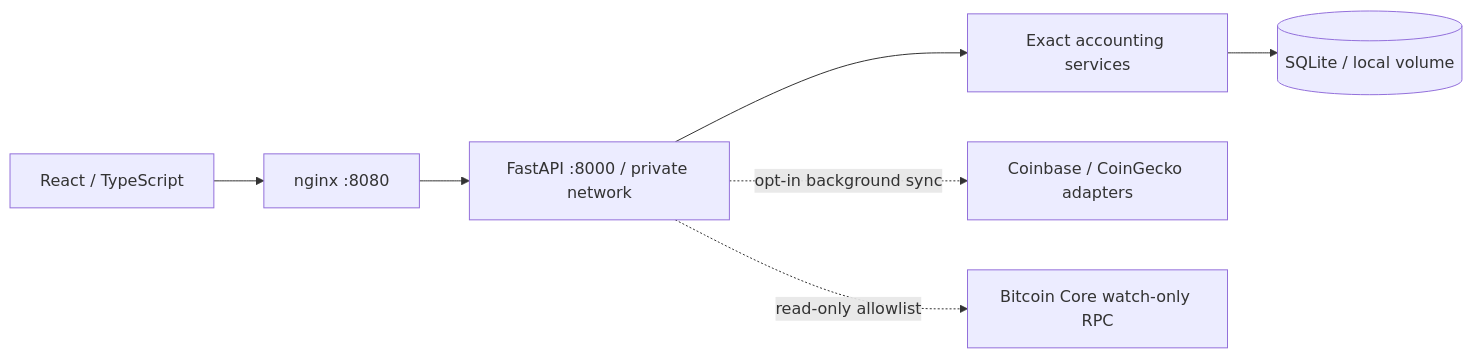
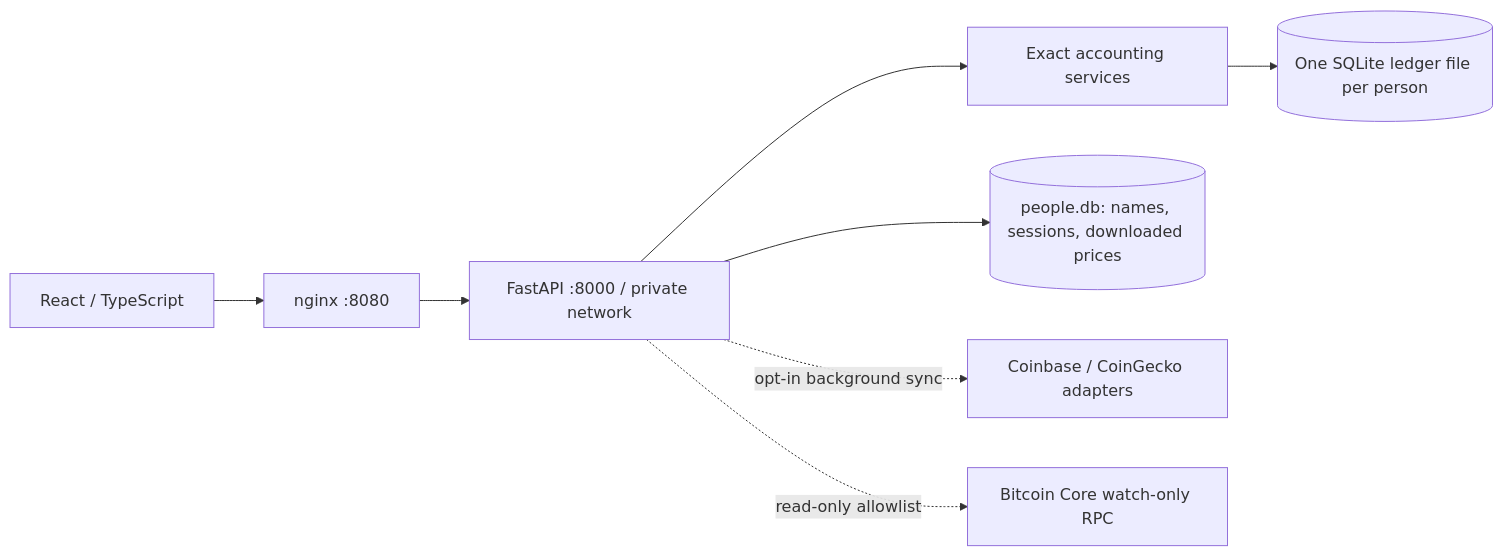
Before and after one commit to evenkeel/appalachian-ledger: the diagram in docs/architecture.md, drawn with Mermaid. The commit also changed other lines of this file and 11 other files, not shown here.

````diff
--- a/docs/architecture.md
+++ b/docs/architecture.md
@@ -5,9 +5,10 @@
 ```mermaid
 flowchart LR
   Browser[React / TypeScript] --> Proxy[nginx :8080]
   Proxy --> API[FastAPI :8000 / private network]
   API --> Ledger[Exact accounting services]
-  Ledger --> DB[(SQLite / local volume)]
+  Ledger --> DB[(One SQLite ledger file per person)]
+  API --> Shared[(people.db: names, sessions, downloaded prices)]
   API -. opt-in background sync .-> Price[Coinbase / CoinGecko adapters]
   API -. read-only allowlist .-> Node[Bitcoin Core watch-only RPC]
 ```
````
